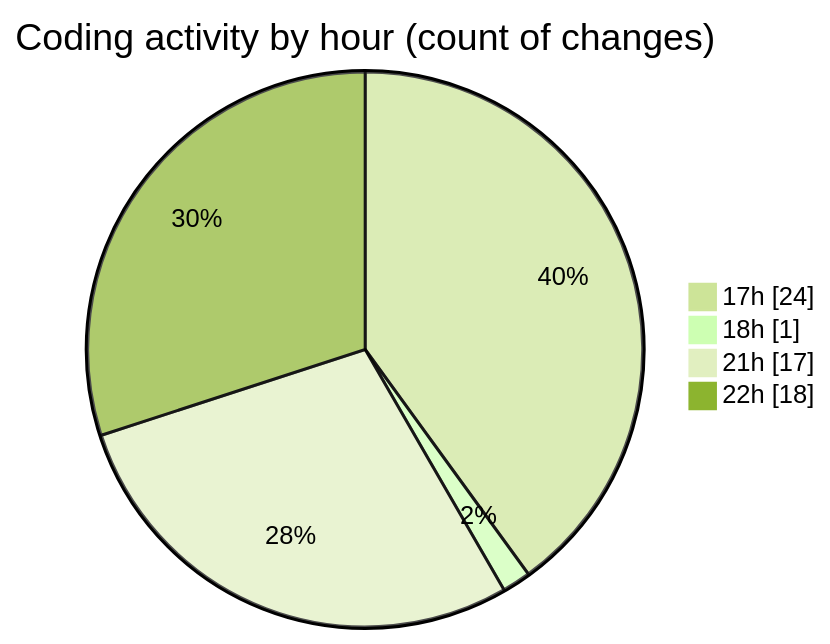
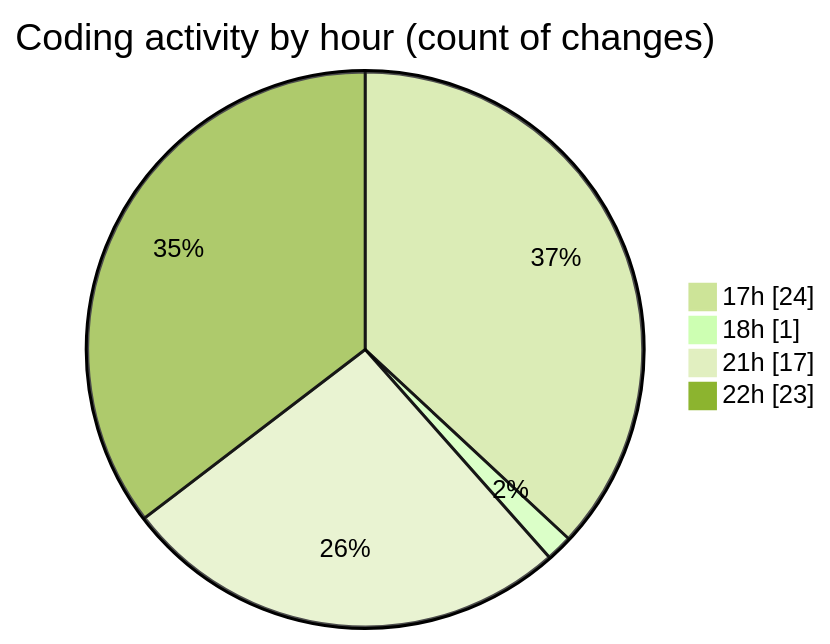
One commit to EIIisD/code-tracking changed the second of 2 diagrams in 2025-07-13/tampermonkey/README.md. Above: the diagram before and after it, drawn with Mermaid (forest theme). The commit also changed other lines of this file and 1 other file, not shown here.

````diff
--- a/2025-07-13/tampermonkey/README.md
+++ b/2025-07-13/tampermonkey/README.md
@@ -44,8 +44,8 @@
 ```mermaid
 pie showData
 title Coding activity by hour (count of changes)
 "17h" : 24
 "18h" : 1
 "21h" : 17
-"22h" : 18
+"22h" : 23
 ```
````
